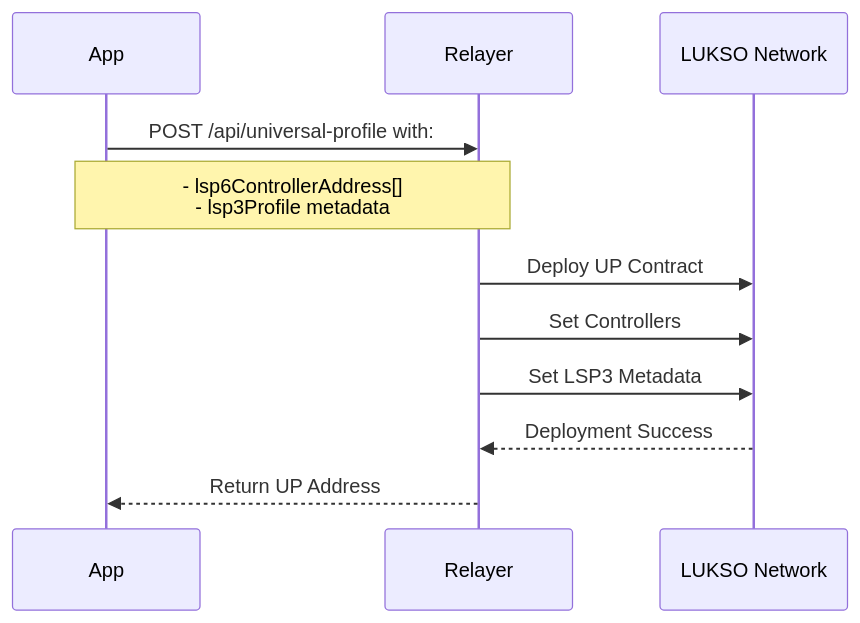
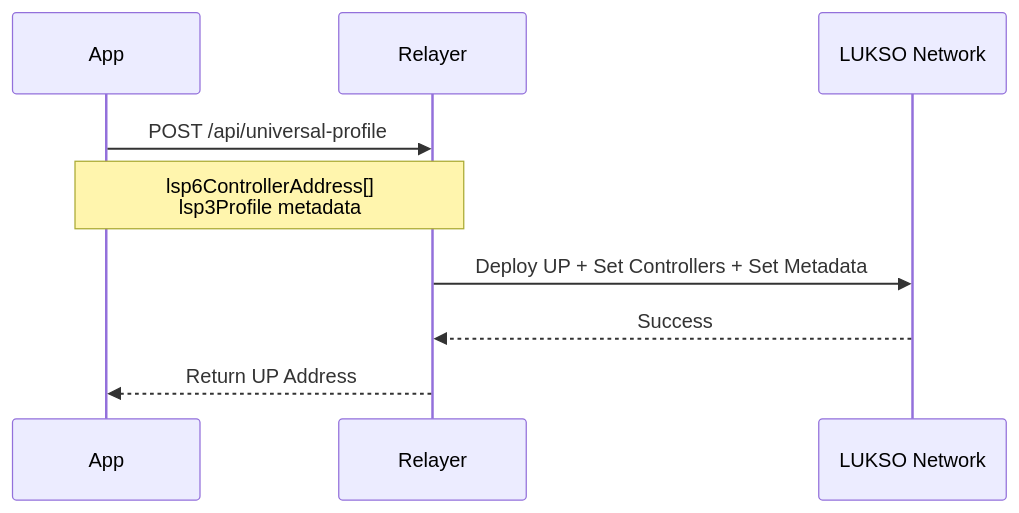
One commit to lukso-network/docs changed the first of 2 diagrams in docs/tools/apis/relayer-api.md. Above: the diagram before and after it, drawn with Mermaid. The commit also changed other lines of this file, not shown here.

First line of the commit message:
docs: rewrite Relayer API page with execute transactions section

````diff
--- a/docs/tools/apis/relayer-api.md
+++ b/docs/tools/apis/relayer-api.md
@@ -31,14 +162,12 @@
 ```mermaid
 sequenceDiagram
     participant App
     participant Relayer
     participant LUKSO Network
 
-    App->>Relayer: POST /api/universal-profile with:
-    Note over App,Relayer: - lsp6ControllerAddress[]<br>- lsp3Profile metadata
-    Relayer->>LUKSO Network: Deploy UP Contract
-    Relayer->>LUKSO Network: Set Controllers
-    Relayer->>LUKSO Network: Set LSP3 Metadata
-    LUKSO Network-->>Relayer: Deployment Success
+    App->>Relayer: POST /api/universal-profile
+    Note over App,Relayer: lsp6ControllerAddress[]<br>lsp3Profile metadata
+    Relayer->>LUKSO Network: Deploy UP + Set Controllers + Set Metadata
+    LUKSO Network-->>Relayer: Success
     Relayer-->>App: Return UP Address
 ```
````
